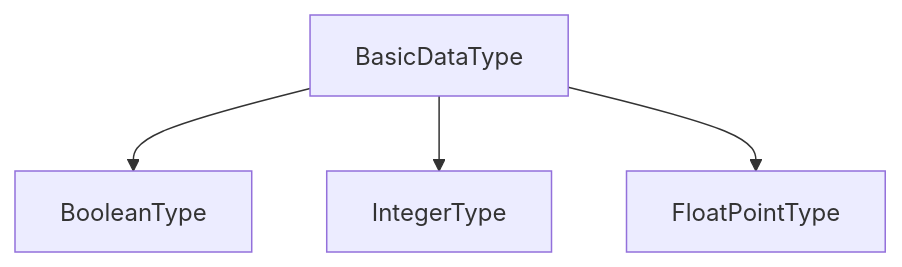
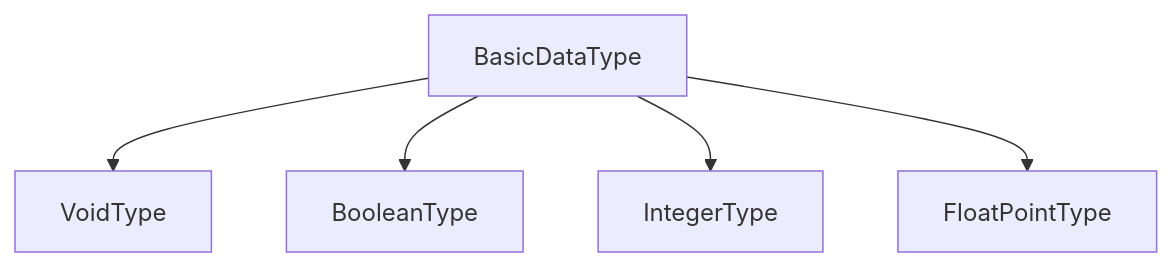
The fifth of 15 diagrams in doc/assets/p/类型系统.md (YJL-NLP/alioth-dev), drawn with Mermaid before and after one commit. The commit also changed other lines of this file and 3 other files, not shown here.

Commit message:
add support to TypeConvertDiagram

```diff
--- a/doc/assets/p/类型系统.md
+++ b/doc/assets/p/类型系统.md
@@ -130,6 +131,8 @@
 ~~~mermaid
 graph TB
+
+BasicDataType --> VoidType
 BasicDataType --> BooleanType
 BasicDataType --> IntegerType
 BasicDataType --> FloatPointType
 ~~~
```
